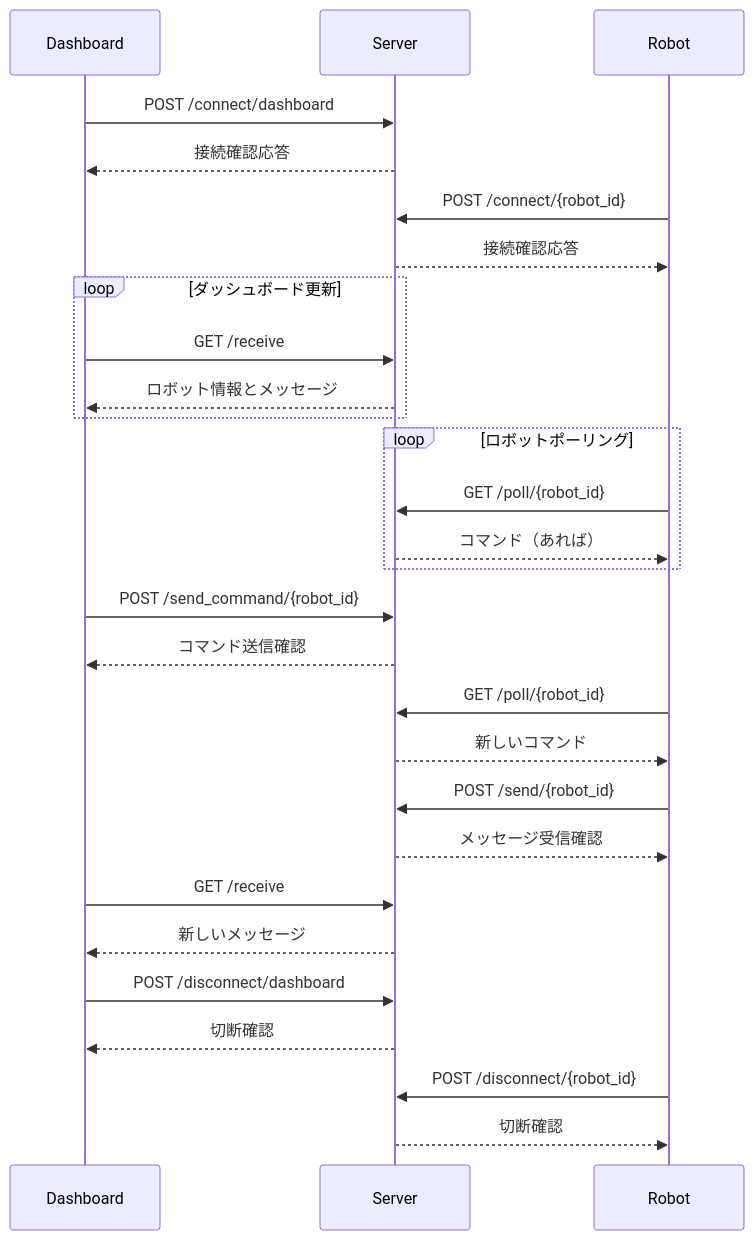
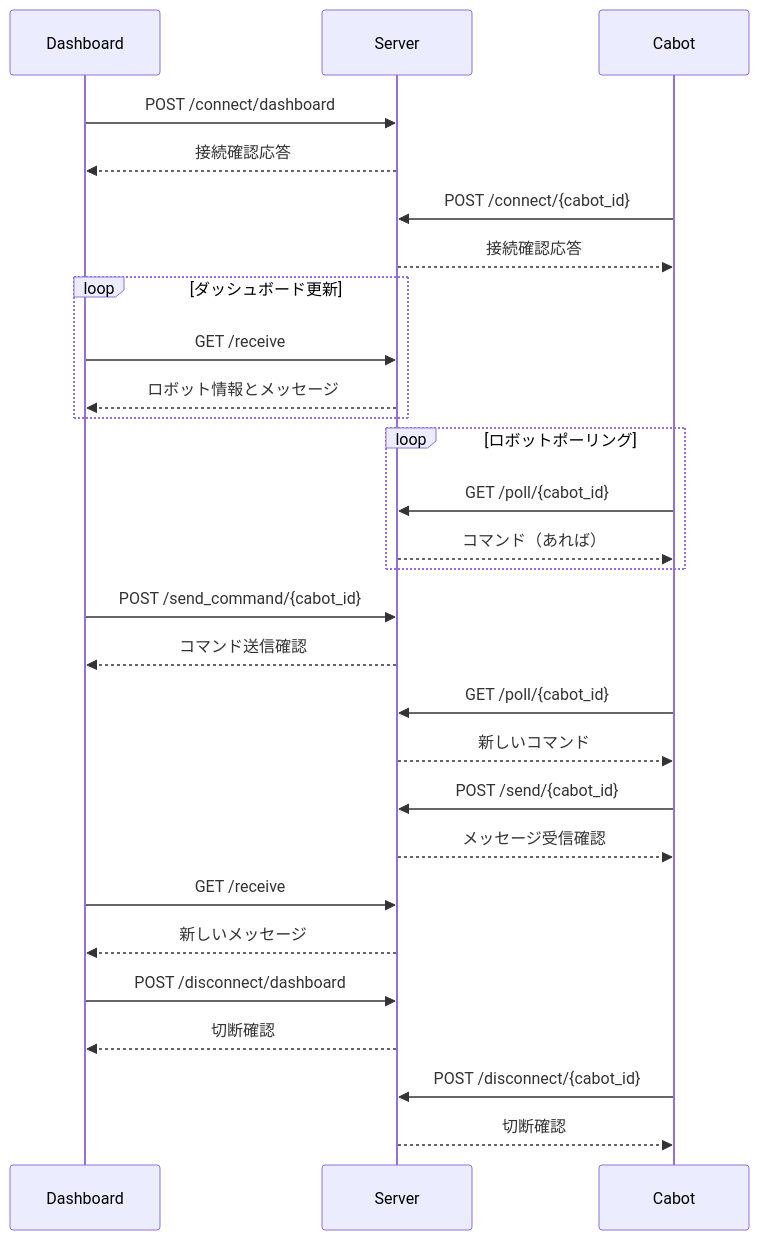
Before and after one commit to CMU-cabot/cabot-dashboard: the second of 2 diagrams in README.md, drawn with Mermaid. The commit also changed other lines of this file and 12 other files, not shown here.

````diff
--- a/README.md
+++ b/README.md
@@ -80,40 +87,40 @@
 ``` mermaid
 sequenceDiagram
     participant Dashboard
     participant Server
-    participant Robot
+    participant Cabot
 
     Dashboard->>Server: POST /connect/dashboard
     Server-->>Dashboard: 接続確認応答
 
-    Robot->>Server: POST /connect/{robot_id}
-    Server-->>Robot: 接続確認応答
+    Cabot->>Server: POST /connect/{cabot_id}
+    Server-->>Cabot: 接続確認応答
 
     loop ダッシュボード更新
         Dashboard->>Server: GET /receive
         Server-->>Dashboard: ロボット情報とメッセージ
     end
 
     loop ロボットポーリング
-        Robot->>Server: GET /poll/{robot_id}
-        Server-->>Robot: コマンド（あれば）
+        Cabot->>Server: GET /poll/{cabot_id}
+        Server-->>Cabot: コマンド（あれば）
     end
 
-    Dashboard->>Server: POST /send_command/{robot_id}
+    Dashboard->>Server: POST /send_command/{cabot_id}
     Server-->>Dashboard: コマンド送信確認
 
-    Robot->>Server: GET /poll/{robot_id}
-    Server-->>Robot: 新しいコマンド
+    Cabot->>Server: GET /poll/{cabot_id}
+    Server-->>Cabot: 新しいコマンド
 
-    Robot->>Server: POST /send/{robot_id}
-    Server-->>Robot: メッセージ受信確認
+    Cabot->>Server: POST /send/{cabot_id}
+    Server-->>Cabot: メッセージ受信確認
 
     Dashboard->>Server: GET /receive
     Server-->>Dashboard: 新しいメッセージ
 
     Dashboard->>Server: POST /disconnect/dashboard
     Server-->>Dashboard: 切断確認
 
-    Robot->>Server: POST /disconnect/{robot_id}
-    Server-->>Robot: 切断確認
+    Cabot->>Server: POST /disconnect/{cabot_id}
+    Server-->>Cabot: 切断確認
 ```
````
